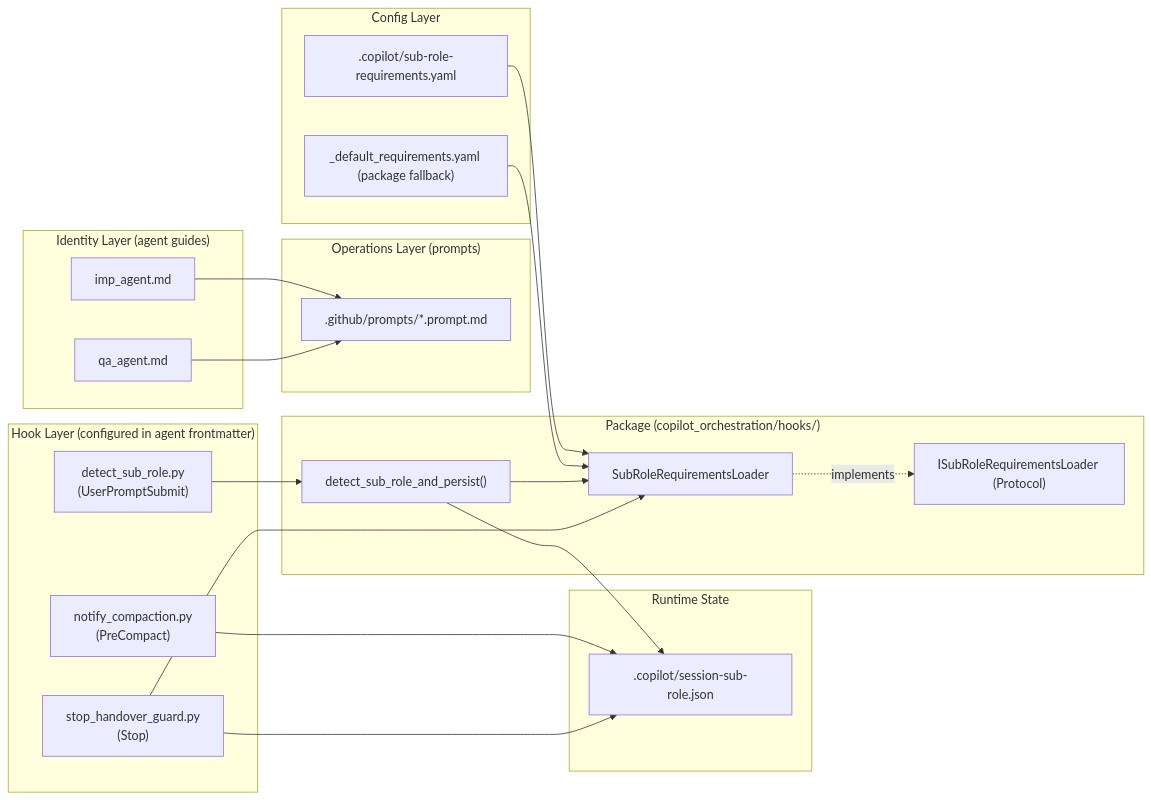
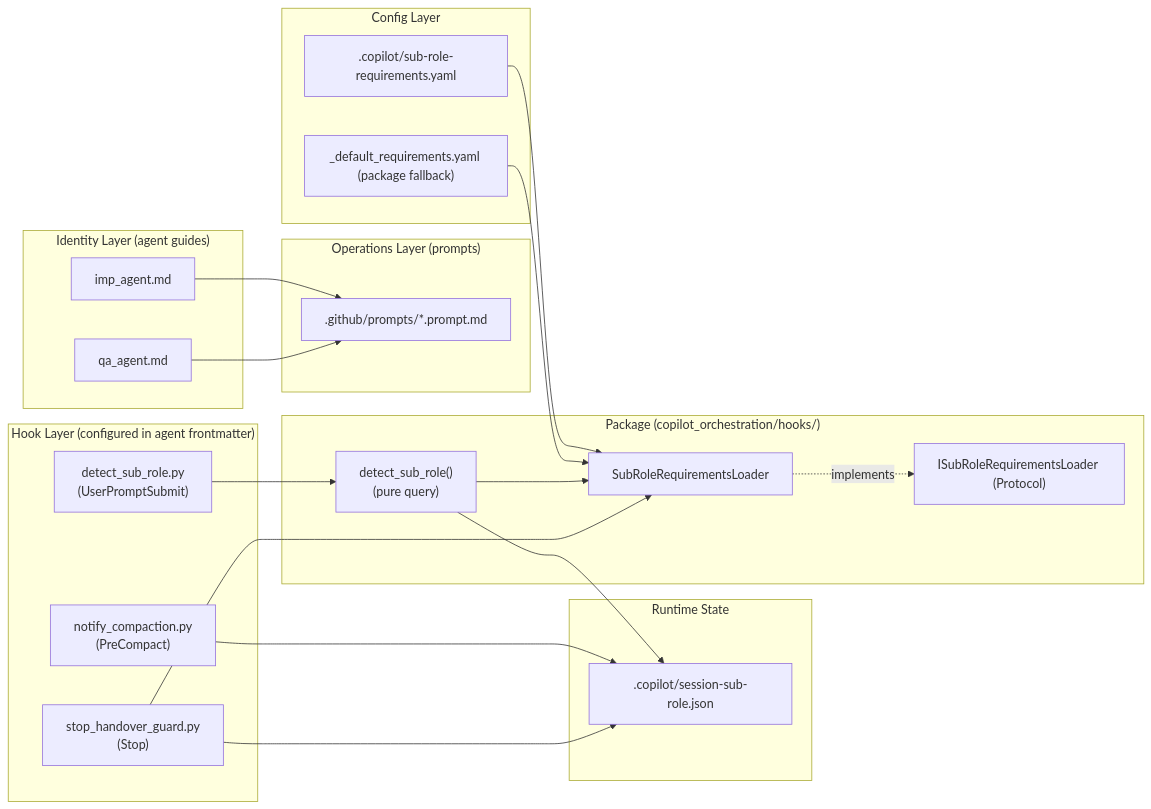
Before and after one commit to MikeyVK/S1mpleTraderV3: the first of 3 diagrams in docs/development/issue263/design_v2_sub_role_orchestration.md, drawn with Mermaid. The commit also changed other lines of this file, not shown here.

Commit message:
docs(P_DESIGN): fix SRP+CQS+DIP violations: detect_sub_role pure query, __main__ owns I/O; fix SSOT path mismatch §9.7 (.st3→.copilot); add session_id guard in notify_compaction.py

````diff
--- a/docs/development/issue263/design_v2_sub_role_orchestration.md
+++ b/docs/development/issue263/design_v2_sub_role_orchestration.md
@@ -94,44 +94,44 @@
 ```mermaid
 graph LR
     subgraph Identity["Identity Layer (agent guides)"]
         IA[imp_agent.md]
         QA[qa_agent.md]
     end
 
     subgraph Operations["Operations Layer (prompts)"]
         PR[".github/prompts/*.prompt.md"]
     end
 
     subgraph Config["Config Layer"]
         REQ[".copilot/sub-role-requirements.yaml"]
         PKG["_default_requirements.yaml (package fallback)"]
     end
 
     subgraph Hooks["Hook Layer (configured in agent frontmatter)"]
         UPS["detect_sub_role.py<br/>(UserPromptSubmit)"]
         COMPACT["notify_compaction.py<br/>(PreCompact)"]
         STOP["stop_handover_guard.py<br/>(Stop)"]
     end
 
     subgraph State["Runtime State"]
         SF[".copilot/session-sub-role.json"]
     end
 
     subgraph Pkg["Package (copilot_orchestration/hooks/)"]
         LDR["SubRoleRequirementsLoader"]
         IFACE["ISubRoleRequirementsLoader (Protocol)"]
-        PERSIST["detect_sub_role_and_persist()"]
+        PERSIST["detect_sub_role()<br/>(pure query)"]
     end
 
     IA --> PR
     QA --> PR
     REQ --> LDR
     PKG --> LDR
     LDR -.implements.-> IFACE
     UPS --> PERSIST
     PERSIST --> LDR
     PERSIST --> SF
     COMPACT --> SF
     STOP --> LDR
     STOP --> SF
 ```
````
